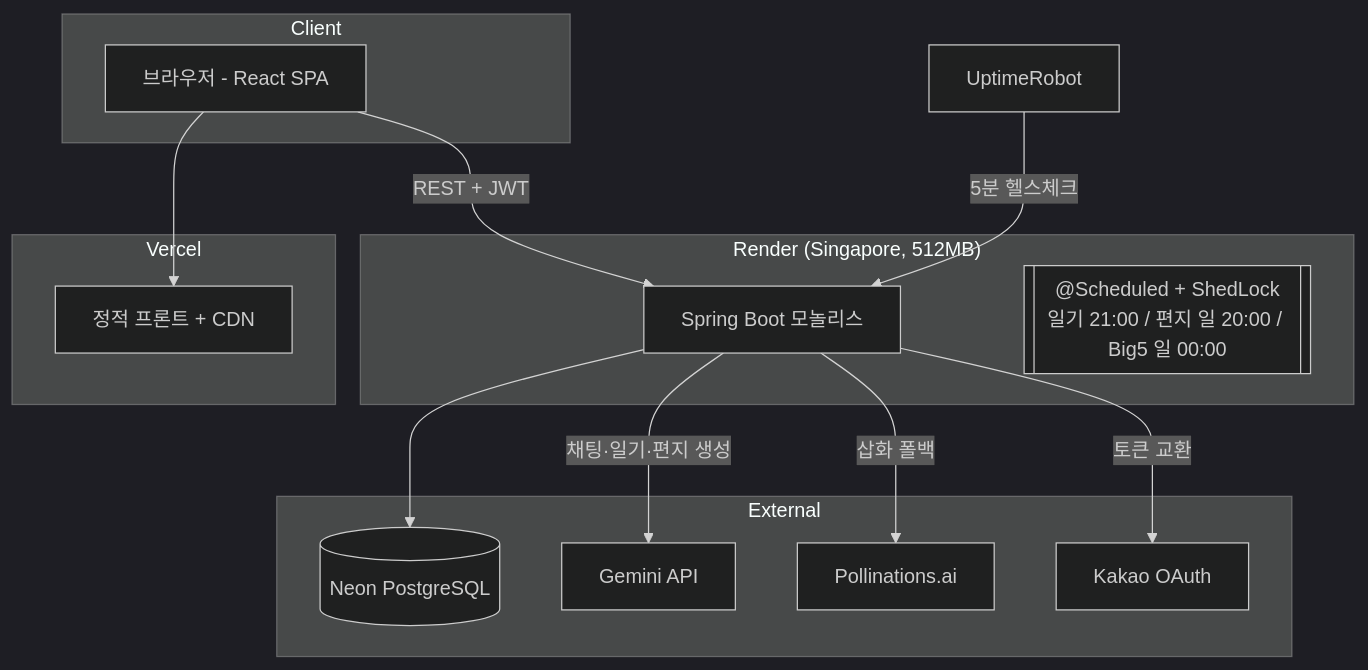
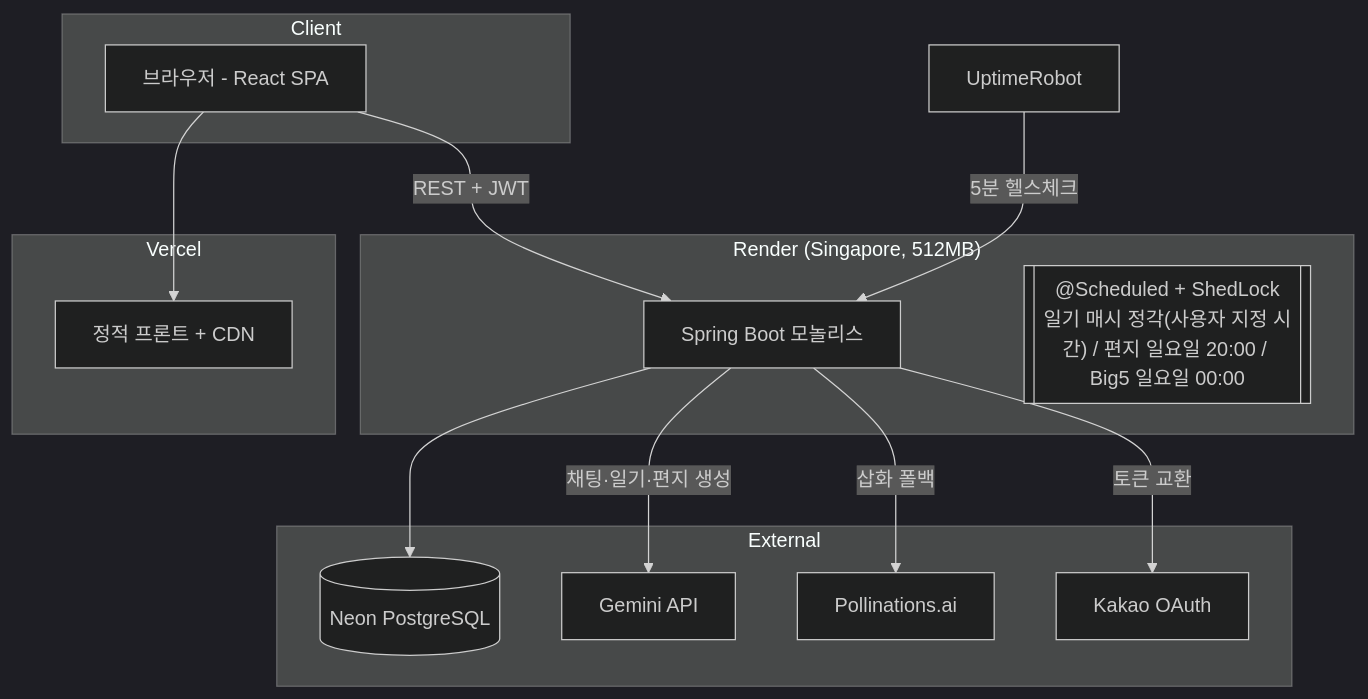
The diagram in docs/03-architecture.md (freaks0/catus), drawn with Mermaid (dark theme) before and after one commit. The commit also changed other lines of this file and 7 other files, not shown here.

````diff
--- a/docs/03-architecture.md
+++ b/docs/03-architecture.md
@@ -7,26 +7,26 @@
 ```mermaid
 flowchart TB
     subgraph Client
         B[브라우저 - React SPA]
     end
     subgraph Vercel
         F[정적 프론트 + CDN]
     end
     subgraph Render["Render (Singapore, 512MB)"]
         A[Spring Boot 모놀리스]
-        S[["@Scheduled + ShedLock\n일기 21:00 / 편지 일 20:00 / Big5 일 00:00"]]
+        S[["@Scheduled + ShedLock\n일기 매시 정각(사용자 지정 시간) / 편지 일요일 20:00 / Big5 일요일 00:00"]]
     end
     subgraph External
         N[(Neon PostgreSQL)]
         G[Gemini API]
         P[Pollinations.ai]
         K[Kakao OAuth]
     end
     B --> F
     B -->|REST + JWT| A
     A --> N
     A -->|채팅·일기·편지 생성| G
     A -->|삽화 폴백| P
     A -->|토큰 교환| K
     U[UptimeRobot] -->|5분 헬스체크| A
 ```
````
